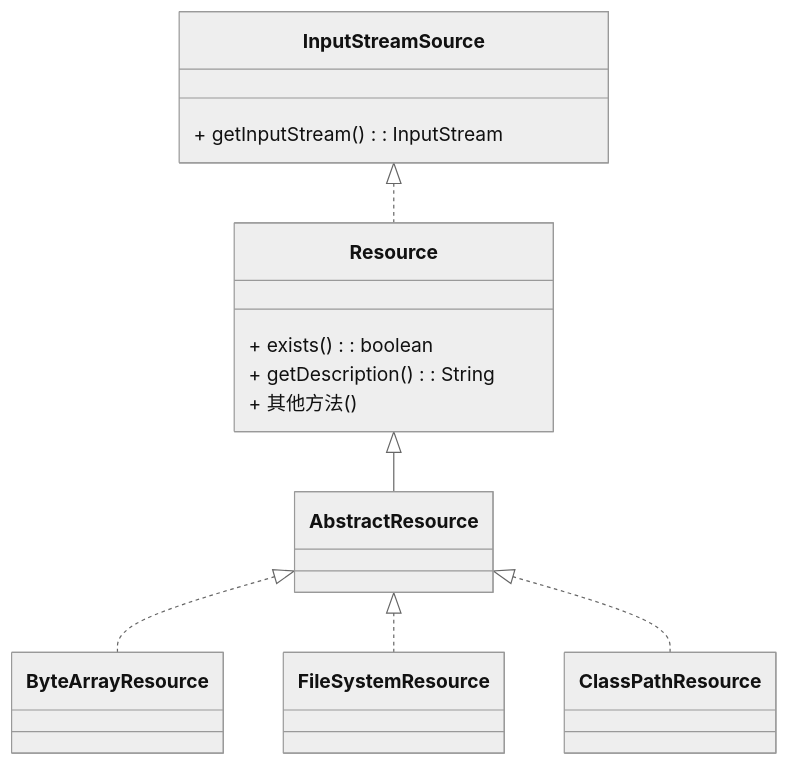
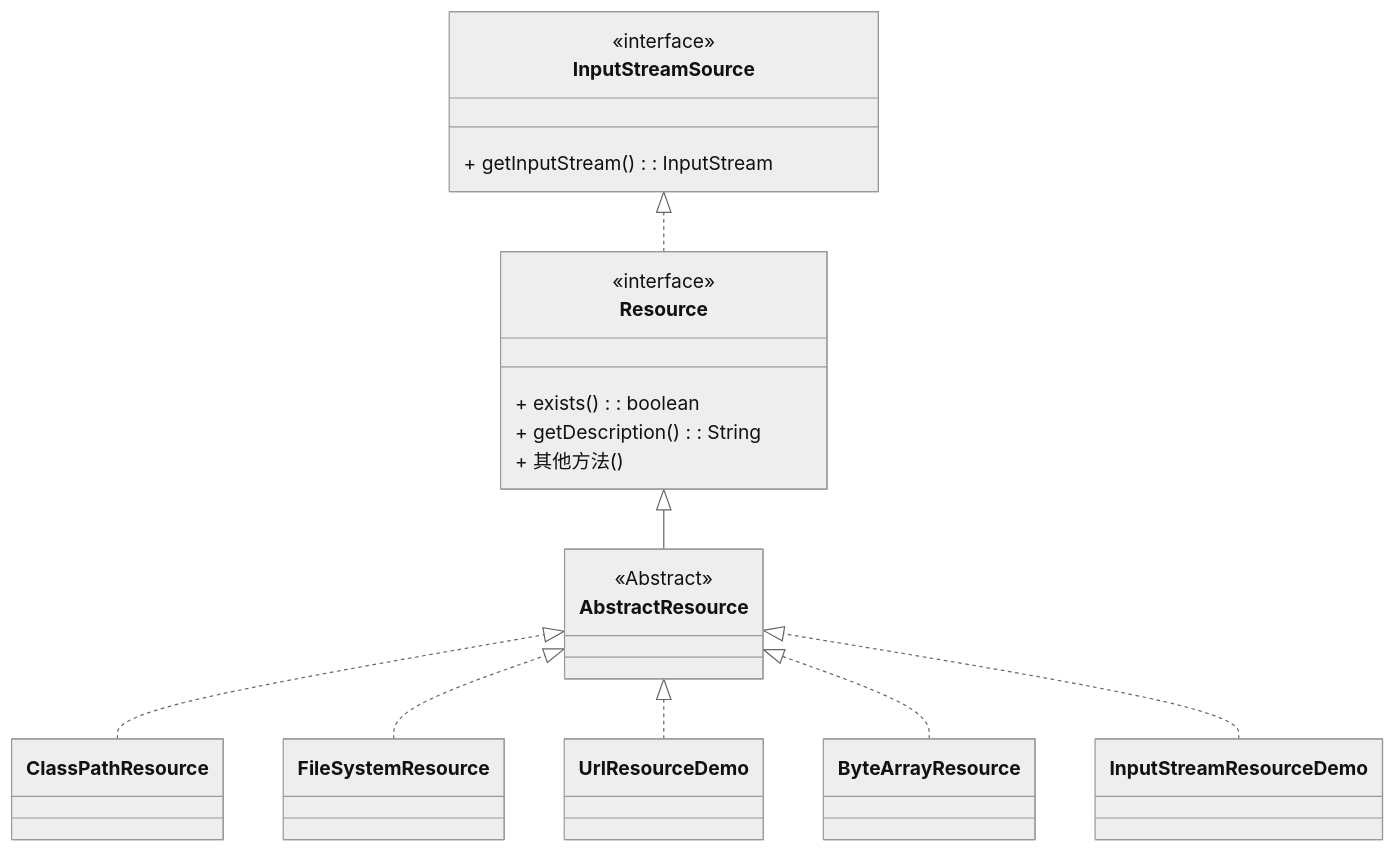
The diagram in spring-resources/spring-resource/README.md (xuchengsheng/spring-reading), drawn with Mermaid (neutral theme) before and after one commit.

Commit message:
Resource源码分析

```diff
--- a/spring-resources/spring-resource/README.md
+++ b/spring-resources/spring-resource/README.md
@@ -165,31 +165,42 @@
 ~~~mermaid
 classDiagram
     direction BT
     
     class InputStreamSource{
+    	<<interface>>
     	+ getInputStream(): InputStream
     }
     
     class Resource {
+    	<<interface>>
         + exists(): boolean
         + getDescription(): String
         + 其他方法()
     }
     Resource ..|> InputStreamSource
 
     class AbstractResource {
+    	<<Abstract>>
     }
     AbstractResource --|> Resource
-
-    class ByteArrayResource {
-    }
-    ByteArrayResource ..|> AbstractResource
-
-    class FileSystemResource {
-    }
-    FileSystemResource ..|> AbstractResource
 
     class ClassPathResource {
     }
     ClassPathResource ..|> AbstractResource
+    
+    class FileSystemResource {
+    }
+    FileSystemResource ..|> AbstractResource
+    
+    class UrlResourceDemo {
+    }
+    UrlResourceDemo ..|> AbstractResource
+    
+    class ByteArrayResource {
+    }
+    ByteArrayResource ..|> AbstractResource
+    
+    class InputStreamResourceDemo {
+    }
+    InputStreamResourceDemo ..|> AbstractResource
 ~~~
```
